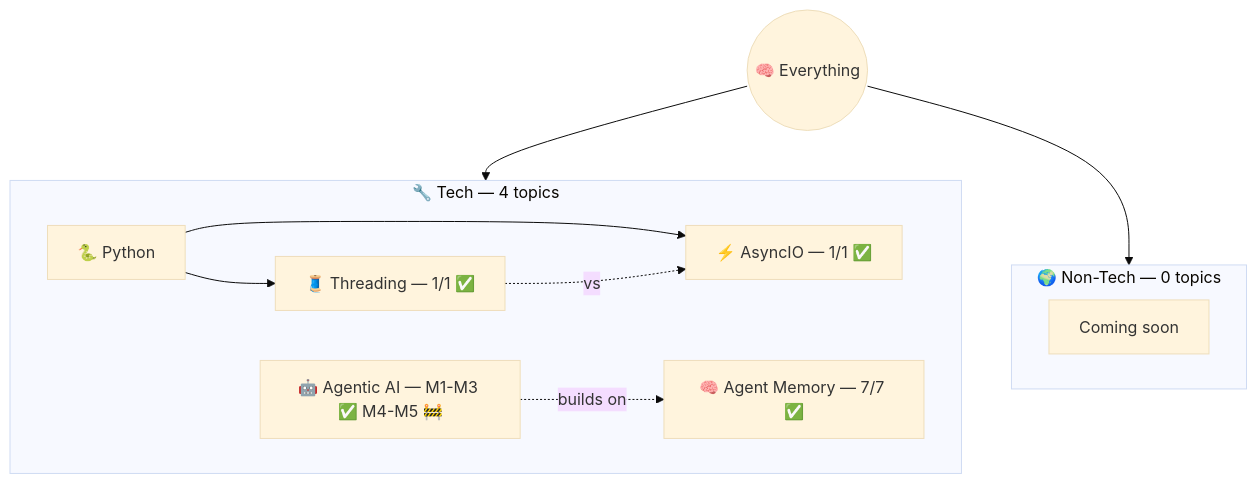
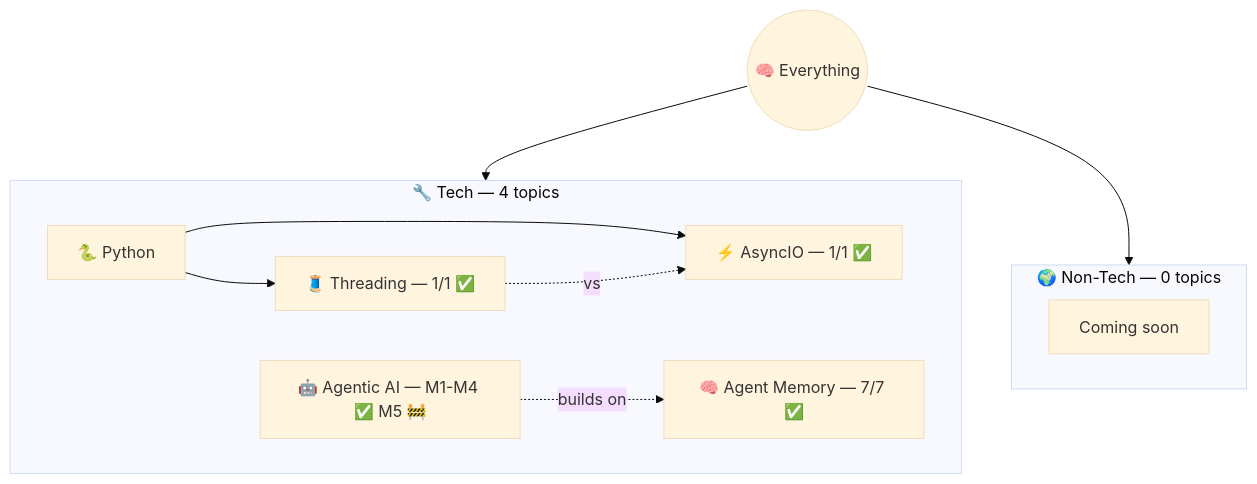
One commit to AyushSonuu/my-memory changed the diagram in _maps/everything.md. Above: the diagram before and after it, drawn with Mermaid (base theme). The commit also changed other lines of this file and 10 other files, not shown here.

````diff
--- a/_maps/everything.md
+++ b/_maps/everything.md
@@ -5,21 +5,21 @@
 ```mermaid
 graph TB
     ROOT(("🧠 Everything"))
     
     subgraph TECH ["🔧 Tech — 4 topics"]
-        AG["🤖 Agentic AI — M1-M3 ✅ M4-M5 🚧"]
+        AG["🤖 Agentic AI — M1-M4 ✅ M5 🚧"]
         AM["🧠 Agent Memory — 7/7 ✅"]
         PY["🐍 Python"]
         PY --> AIO["⚡ AsyncIO — 1/1 ✅"]
         PY --> THR["🧵 Threading — 1/1 ✅"]
         AG -.->|"builds on"| AM
         THR -.->|"vs"| AIO
     end
 
     subgraph NT ["🌍 Non-Tech — 0 topics"]
         NTE["Coming soon"]
     end
 
     ROOT --> TECH
     ROOT --> NT
 ```
````
